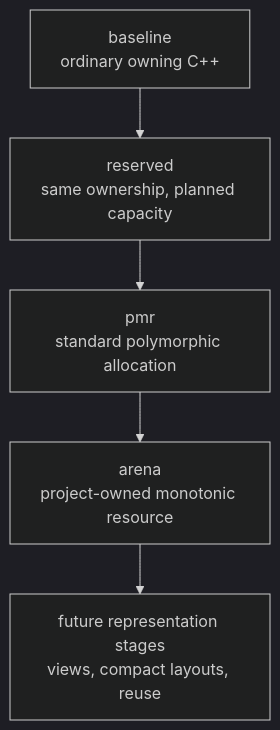
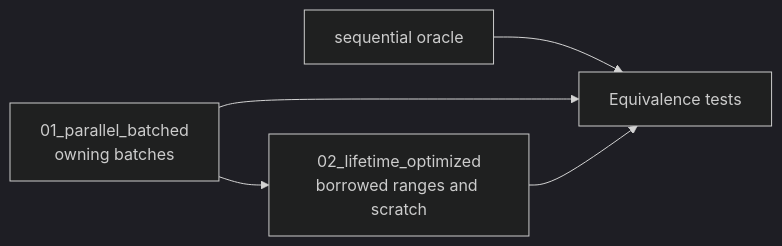
The third of 4 diagrams in docs/software-architecture.md (sergiorf/throughput-cpp-lab), drawn with Mermaid (dark theme) before and after one commit. The commit also changed other lines of this file and 69 other files, not shown here.

````diff
--- a/docs/software-architecture.md
+++ b/docs/software-architecture.md
@@ -83,13 +52,11 @@
 ```mermaid
-flowchart TB
-    base[baseline<br/>ordinary owning C++]
-    reserve[reserved<br/>same ownership, planned capacity]
-    pmr[pmr<br/>standard polymorphic allocation]
-    arena[arena<br/>project-owned monotonic resource]
-    future[future representation stages<br/>views, compact layouts, reuse]
+flowchart LR
+    oracle[sequential oracle]
+    batched[01_parallel_batched<br/>owning batches]
+    optimized[02_lifetime_optimized<br/>borrowed ranges and scratch]
 
-    base --> reserve
-    reserve --> pmr
-    pmr --> arena
-    arena --> future
+    oracle --> tests[Equivalence tests]
+    batched --> tests
+    optimized --> tests
+    batched --> optimized
 ```
````
